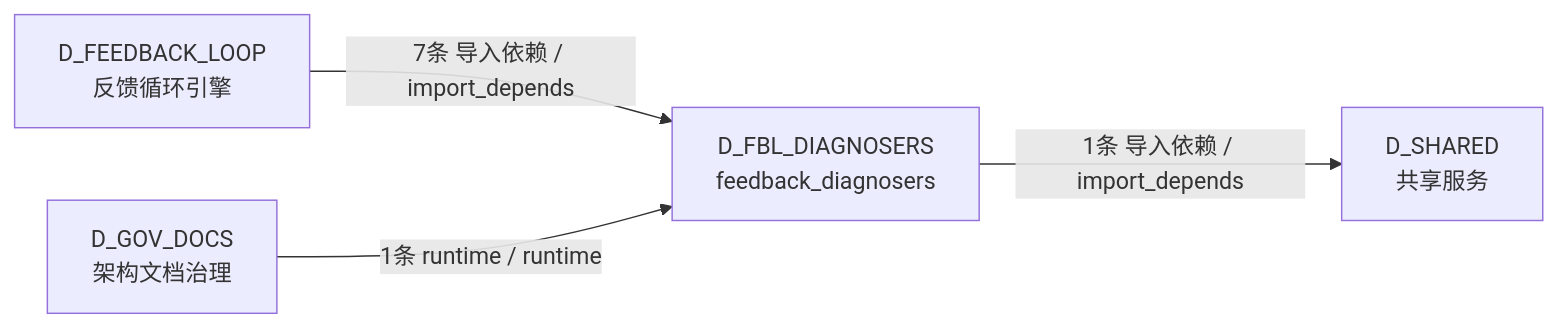
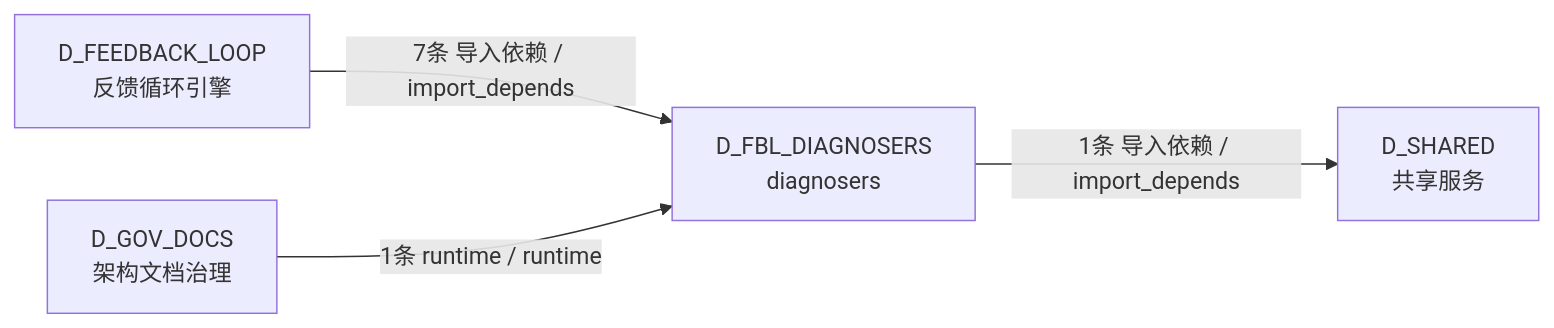
The sixth of 6 diagrams in docs/02_enterprise_architecture/02_domain_architecture_docs/12_d_fbl_diagnosers.md (xuanFelixVan/ZephyrAlpha), drawn with Mermaid before and after one commit. The commit also changed other lines of this file and 116 other files, not shown here.

````diff
--- a/docs/02_enterprise_architecture/02_domain_architecture_docs/12_d_fbl_diagnosers.md
+++ b/docs/02_enterprise_architecture/02_domain_architecture_docs/12_d_fbl_diagnosers.md
@@ -430,10 +430,10 @@
 ```mermaid
 graph LR
-    D_FBL_DIAGNOSERS["D_FBL_DIAGNOSERS<br/>feedback_diagnosers"]
+    D_FBL_DIAGNOSERS["D_FBL_DIAGNOSERS<br/>diagnosers"]
     D_SHARED["D_SHARED<br/>共享服务"]
     D_FEEDBACK_LOOP["D_FEEDBACK_LOOP<br/>反馈循环引擎"]
     D_GOV_DOCS["D_GOV_DOCS<br/>架构文档治理"]
     D_FBL_DIAGNOSERS -->|1条 导入依赖 / import_depends| D_SHARED
     D_FEEDBACK_LOOP -->|7条 导入依赖 / import_depends| D_FBL_DIAGNOSERS
     D_GOV_DOCS -->|1条 runtime / runtime| D_FBL_DIAGNOSERS
 ```
````
